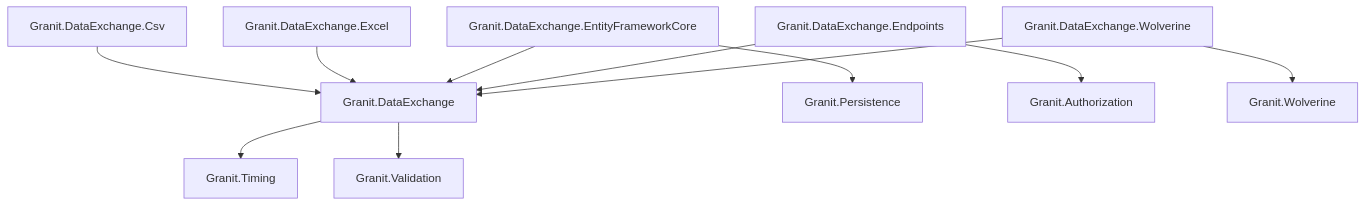
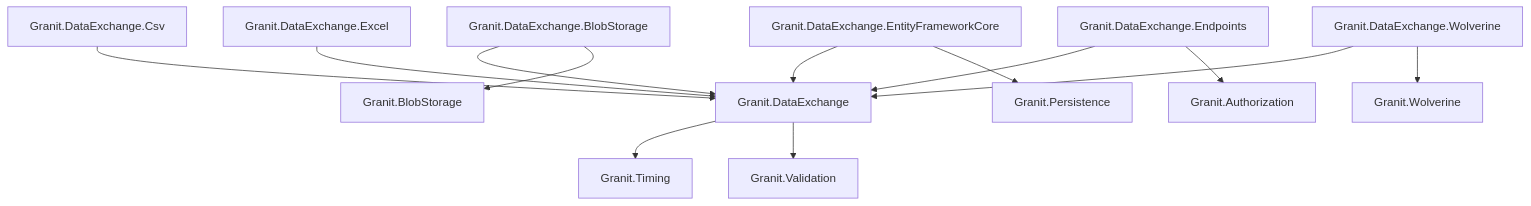
The first of 4 diagrams in docs-site/src/content/docs/dotnet/business/data-exchange.mdx (granit-fx/granit-dotnet), drawn with Mermaid before and after one commit. The commit also changed other lines of this file and 2 other files, not shown here.

First line of the commit message:
docs(data-exchange): document IDataExchangeFileProvider and BlobStorage adapter

````diff
--- a/docs-site/src/content/docs/dotnet/business/data-exchange.mdx
+++ b/docs-site/src/content/docs/dotnet/business/data-exchange.mdx
@@ -42,13 +44,15 @@
 ```mermaid
 graph TD
     DX[Granit.DataExchange] --> T[Granit.Timing]
     DX --> V[Granit.Validation]
+    BS[Granit.DataExchange.BlobStorage] --> DX
+    BS --> B[Granit.BlobStorage]
     CSV[Granit.DataExchange.Csv] --> DX
     XLS[Granit.DataExchange.Excel] --> DX
     EF[Granit.DataExchange.EntityFrameworkCore] --> DX
     EF --> P[Granit.Persistence]
     EP[Granit.DataExchange.Endpoints] --> DX
     EP --> A[Granit.Authorization]
     WV[Granit.DataExchange.Wolverine] --> DX
     WV --> W[Granit.Wolverine]
 ```
````
